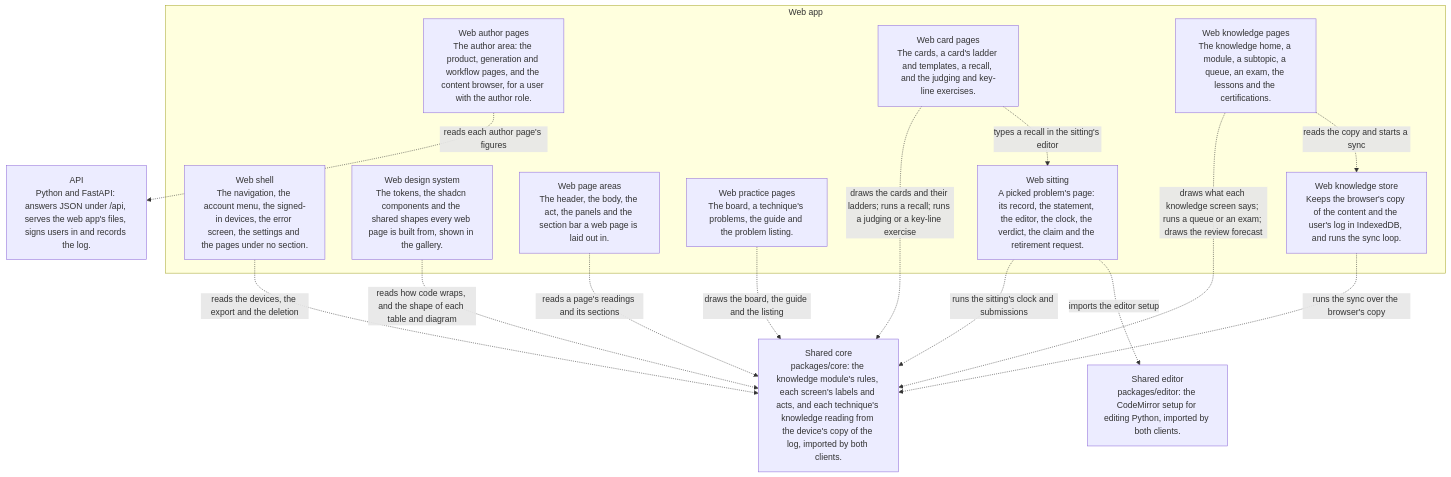
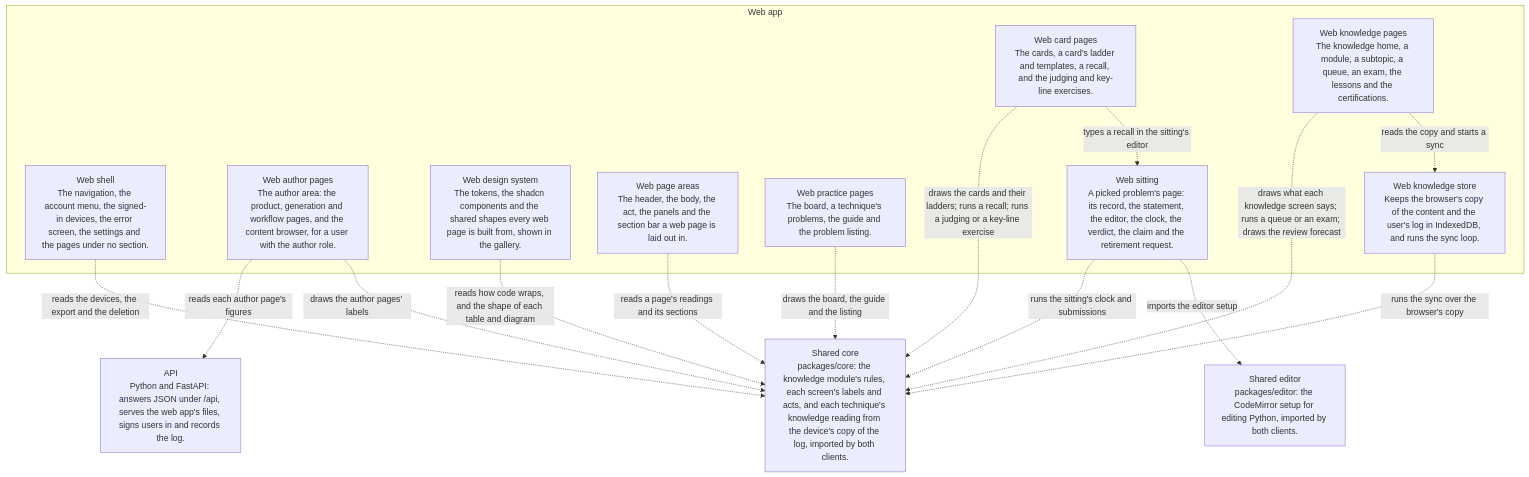
One commit to climbance/climbance changed the third of 7 diagrams in docs/architecture/README.md. Above: the diagram before and after it, drawn with Mermaid. The commit also changed other lines of this file and 20 other files, not shown here.

````diff
--- a/docs/architecture/README.md
+++ b/docs/architecture/README.md
@@ -85,29 +85,30 @@
 ```mermaid
 flowchart TB
     core_package["Shared core<br/>packages/core: the knowledge module's rules, each screen's labels and acts, and each technique's knowledge reading from the device's copy of the log, imported by both clients."]
     shared_editor["Shared editor<br/>packages/editor: the CodeMirror setup for editing Python, imported by both clients."]
     api["API<br/>Python and FastAPI: answers JSON under /api, serves the web app's files, signs users in and records the log."]
     subgraph web_app["Web app"]
         web_shell["Web shell<br/>The navigation, the account menu, the signed-in devices, the error screen, the settings and the pages under no section."]
         web_author["Web author pages<br/>The author area: the product, generation and workflow pages, and the content browser, for a user with the author role."]
         web_design_system["Web design system<br/>The tokens, the shadcn components and the shared shapes every web page is built from, shown in the gallery."]
         web_areas["Web page areas<br/>The header, the body, the act, the panels and the section bar a web page is laid out in."]
         web_practice["Web practice pages<br/>The board, a technique's problems, the guide and the problem listing."]
         web_cards["Web card pages<br/>The cards, a card's ladder and templates, a recall, and the judging and key-line exercises."]
         web_sitting["Web sitting<br/>A picked problem's page: its record, the statement, the editor, the clock, the verdict, the claim and the retirement request."]
         web_knowledge["Web knowledge pages<br/>The knowledge home, a module, a subtopic, a queue, an exam, the lessons and the certifications."]
         web_knowledge_store["Web knowledge store<br/>Keeps the browser's copy of the content and the user's log in IndexedDB, and runs the sync loop."]
     end
     web_author -.->|"reads each author page's figures"| api
+    web_author -.->|"draws the author pages' labels"| core_package
     web_knowledge -.->|"draws what each knowledge screen says; runs a queue or an exam; draws the review forecast"| core_package
     web_knowledge -.->|"reads the copy and starts a sync"| web_knowledge_store
     web_knowledge_store -.->|"runs the sync over the browser's copy"| core_package
     web_practice -.->|"draws the board, the guide and the listing"| core_package
     web_cards -.->|"draws the cards and their ladders; runs a recall; runs a judging or a key-line exercise"| core_package
     web_cards -.->|"types a recall in the sitting's editor"| web_sitting
     web_sitting -.->|"runs the sitting's clock and submissions"| core_package
     web_sitting -.->|"imports the editor setup"| shared_editor
     web_shell -.->|"reads the devices, the export and the deletion"| core_package
     web_areas -.->|"reads a page's readings and its sections"| core_package
     web_design_system -.->|"reads how code wraps, and the shape of each table and diagram"| core_package
 ```
````
